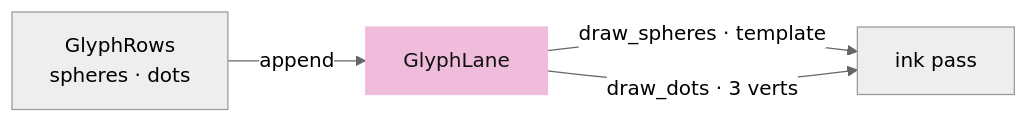
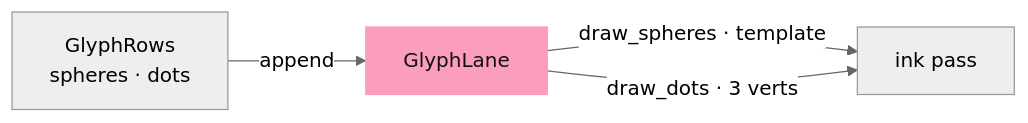
Before and after one commit to petrasvestartas/session: the third of 6 diagrams in session_viewer/docs/04c-markers.md, drawn with Mermaid (neutral theme). The commit also changed other lines of this file and 328 other files, not shown here.

First line of the commit message:
Course: the palette you sent, and mermaid drawn like the drawings

````diff
--- a/session_viewer/docs/04c-markers.md
+++ b/session_viewer/docs/04c-markers.md
@@ -61,7 +61,7 @@
 ```mermaid
 flowchart LR
     GR["GlyphRows<br/>spheres · dots"] -- "append" --> GL["GlyphLane"]
     GL -- "draw_spheres · template" --> P["ink pass"]
     GL -- "draw_dots · 3 verts" --> P
-    style GL fill:#f0bcdb,stroke:#f0bcdb,color:#111
+    style GL fill:#fa9ebc,stroke:#fa9ebc,color:#111
 ```
````
